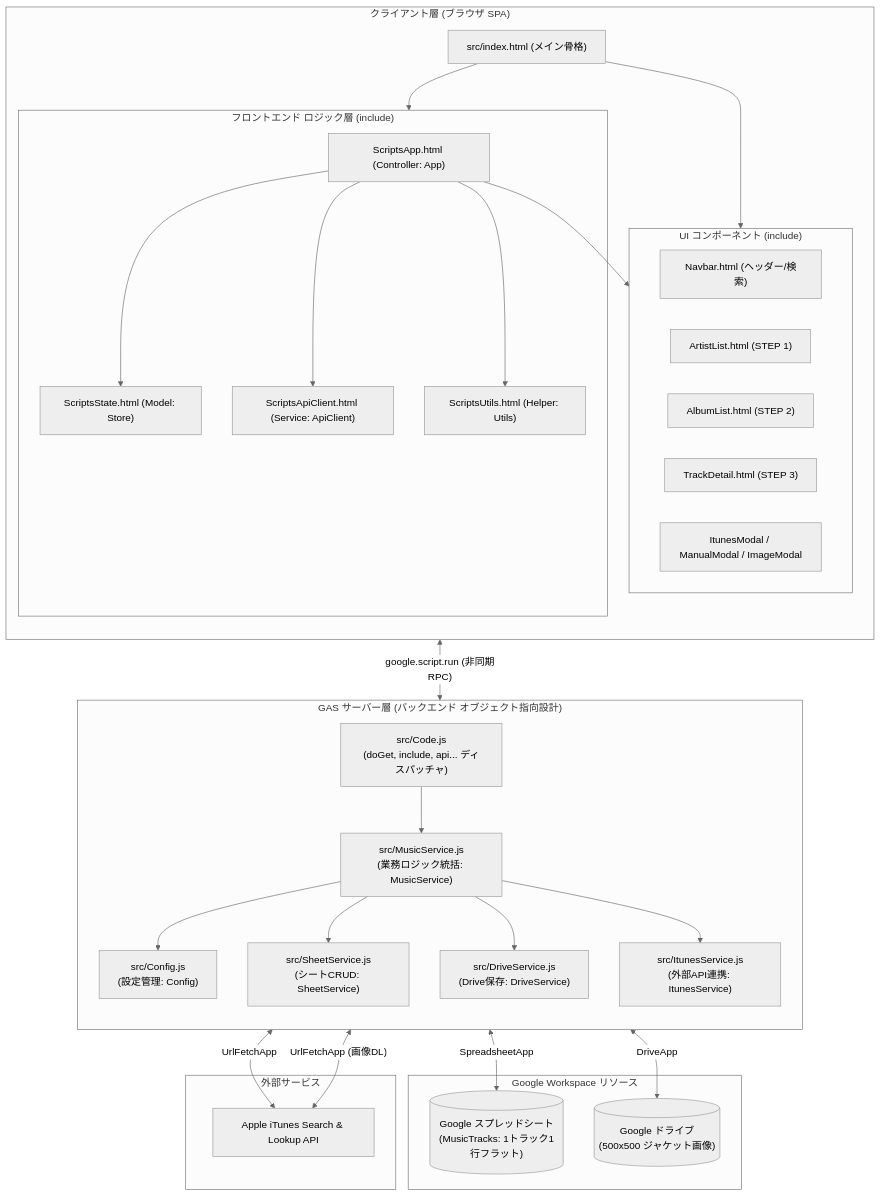
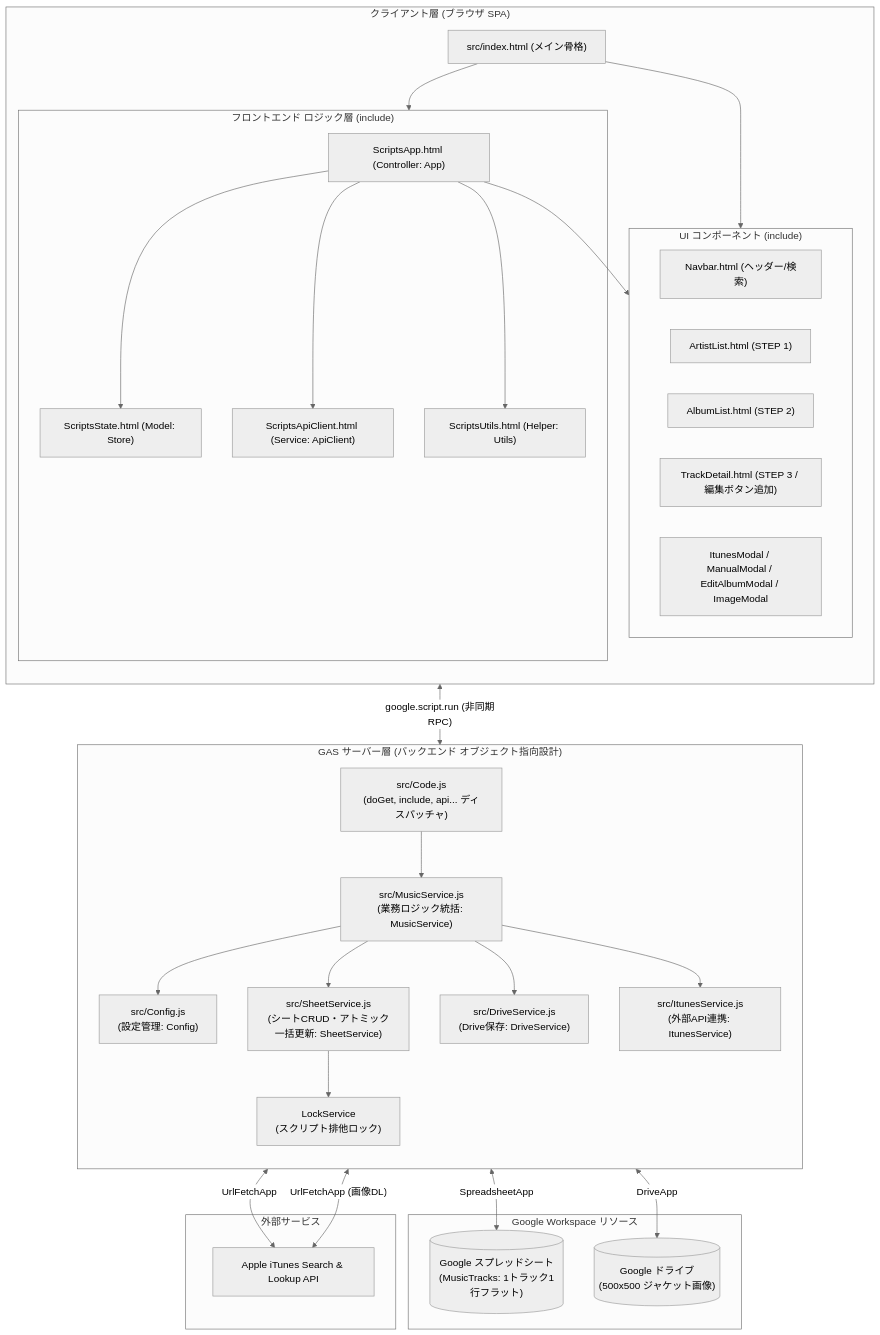
One commit to nankojin-ops/MusicInfo-app changed the first of 9 diagrams in docs/BASIC_DESIGN.md. Above: the diagram before and after it, drawn with Mermaid (neutral theme). The commit also changed other lines of this file and 16 other files, not shown here.

````diff
--- a/docs/BASIC_DESIGN.md
+++ b/docs/BASIC_DESIGN.md
@@ -104,57 +114,59 @@
 ```mermaid
 flowchart TB
     subgraph Browser ["クライアント層 (ブラウザ SPA)"]
         direction TB
         index["src/index.html (メイン骨格)"]
         subgraph UI_Components ["UI コンポーネント (include)"]
             Navbar["Navbar.html (ヘッダー/検索)"]
             ArtistList["ArtistList.html (STEP 1)"]
             AlbumList["AlbumList.html (STEP 2)"]
-            TrackDetail["TrackDetail.html (STEP 3)"]
-            Modals["ItunesModal / ManualModal / ImageModal"]
+            TrackDetail["TrackDetail.html (STEP 3 / 編集ボタン追加)"]
+            Modals["ItunesModal / ManualModal / EditAlbumModal / ImageModal"]
         end
         subgraph Client_Logic ["フロントエンド ロジック層 (include)"]
             App["ScriptsApp.html (Controller: App)"]
             Store["ScriptsState.html (Model: Store)"]
             ApiClient["ScriptsApiClient.html (Service: ApiClient)"]
             Utils["ScriptsUtils.html (Helper: Utils)"]
         end
         index --> UI_Components
         index --> Client_Logic
         App --> Store
         App --> ApiClient
         App --> UI_Components
         App --> Utils
     end
 
     subgraph GAS_Server ["GAS サーバー層 (バックエンド オブジェクト指向設計)"]
         direction TB
         Code["src/Code.js<br>(doGet, include, api... ディスパッチャ)"]
         MusicService["src/MusicService.js<br>(業務ロジック統括: MusicService)"]
         Config["src/Config.js<br>(設定管理: Config)"]
-        SheetService["src/SheetService.js<br>(シートCRUD: SheetService)"]
+        SheetService["src/SheetService.js<br>(シートCRUD・アトミック一括更新: SheetService)"]
         DriveService["src/DriveService.js<br>(Drive保存: DriveService)"]
         ItunesService["src/ItunesService.js<br>(外部API連携: ItunesService)"]
+        LockSvc["LockService<br>(スクリプト排他ロック)"]
 
         Code --> MusicService
         MusicService --> Config
         MusicService --> SheetService
         MusicService --> DriveService
         MusicService --> ItunesService
+        SheetService --> LockSvc
     end
 
     subgraph Google_Workspace ["Google Workspace リソース"]
         GSheet[("Google スプレッドシート<br>(MusicTracks: 1トラック1行フラット)")]
         GDrive[("Google ドライブ<br>(500x500 ジャケット画像)")]
     end
 
     subgraph External_API ["外部サービス"]
         iTunes["Apple iTunes Search & Lookup API"]
     end
 
     ApiClient <-->|"google.script.run (非同期RPC)"| Code
     SheetService <-->|"SpreadsheetApp"| GSheet
     DriveService <-->|"DriveApp"| GDrive
     ItunesService <-->|"UrlFetchApp"| iTunes
     DriveService <-->|"UrlFetchApp (画像DL)"| iTunes
 ```
````
